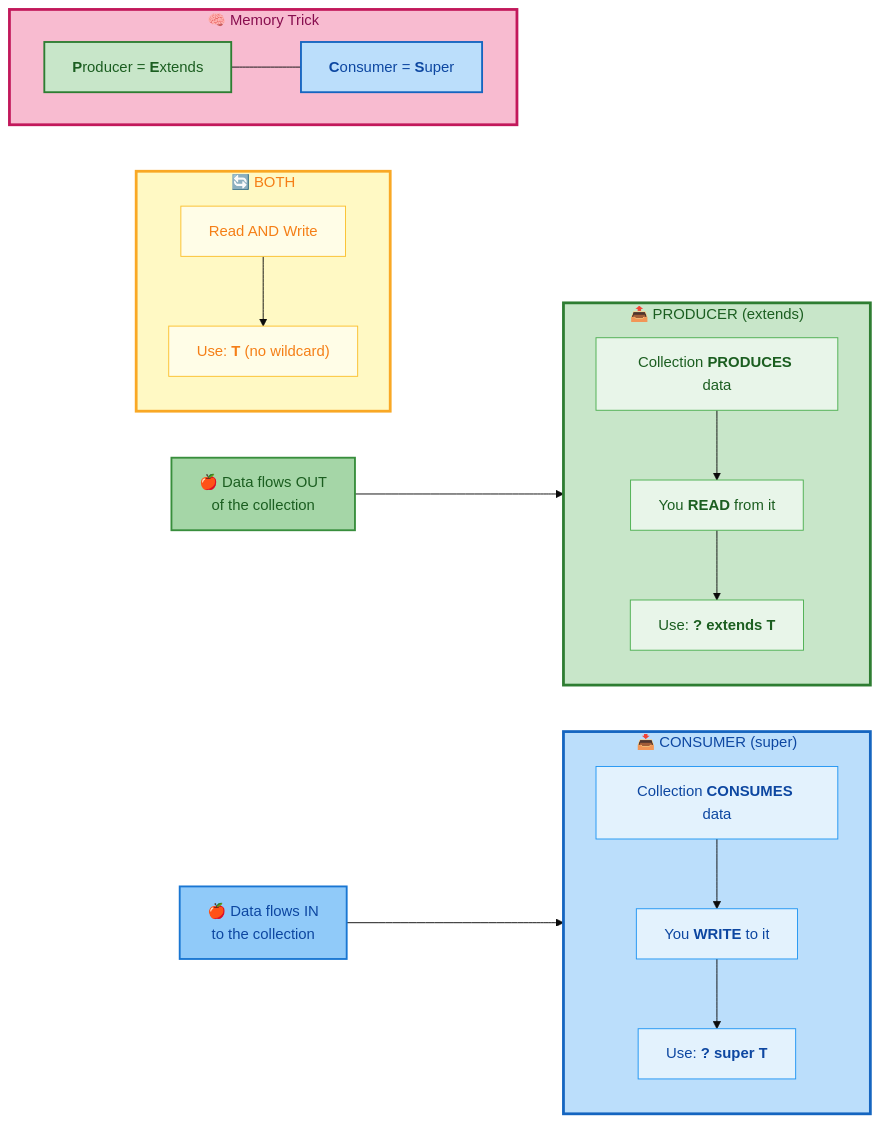
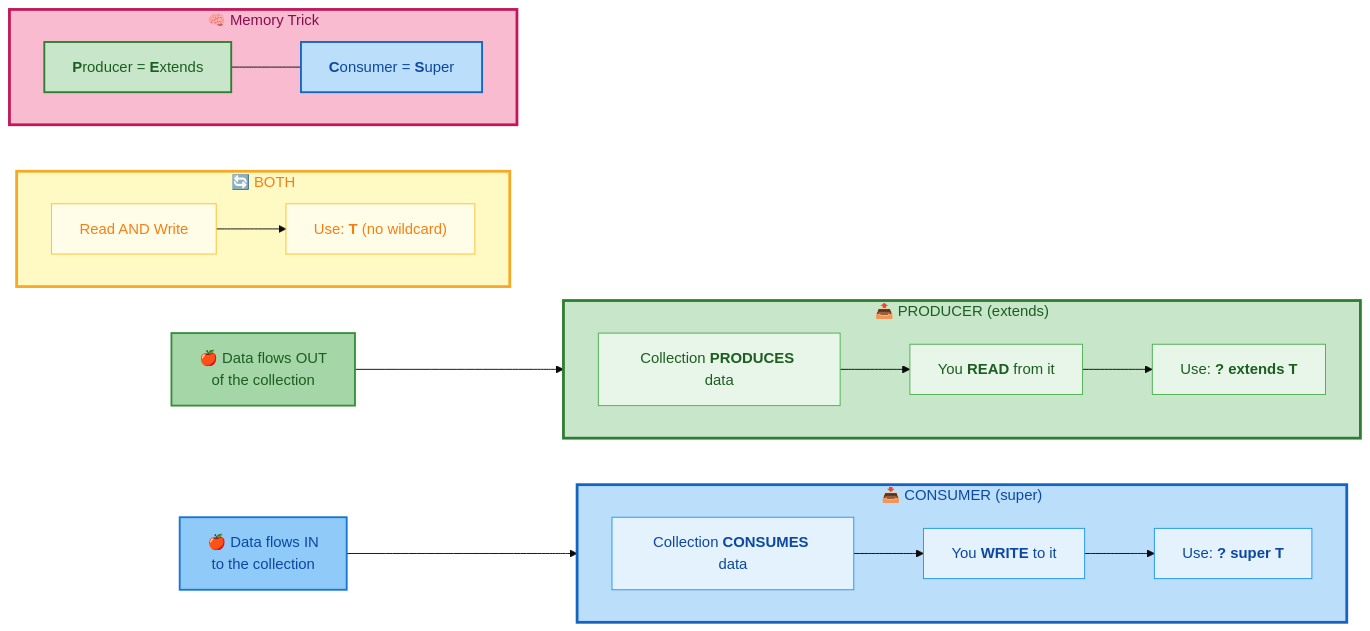
One commit to saivamsikaruturi/vamsilabs-dev-notes-main changed the third of 5 diagrams in docs/java/Generics.md. Above: the diagram before and after it, drawn with Mermaid (base theme). The commit also changed other lines of this file and 146 other files, not shown here.

Commit message:
Horizontal diagrams, UML class diagrams, typography overhaul, and permalink cleanup

````diff
--- a/docs/java/Generics.md
+++ b/docs/java/Generics.md
@@ -249,52 +249,52 @@
 ```mermaid
 flowchart LR
     subgraph PRODUCER["📤 PRODUCER (extends)"]
-        direction TB
+        direction LR
         P1["Collection<b> PRODUCES </b>data"]
         P2["You <b>READ</b> from it"]
         P3["Use: <b>? extends T</b>"]
         P1 --> P2 --> P3
     end
 
     subgraph CONSUMER["📥 CONSUMER (super)"]
-        direction TB
+        direction LR
         C1["Collection <b>CONSUMES</b> data"]
         C2["You <b>WRITE</b> to it"]
         C3["Use: <b>? super T</b>"]
         C1 --> C2 --> C3
     end
 
     subgraph BOTH["🔄 BOTH"]
-        direction TB
+        direction LR
         B1["Read AND Write"]
         B2["Use: <b>T</b> (no wildcard)"]
         B1 --> B2
     end
 
     DATA_OUT["🍎 Data flows OUT<br/>of the collection"] --> PRODUCER
     DATA_IN["🍎 Data flows IN<br/>to the collection"] --> CONSUMER
 
     subgraph MNEMONIC["🧠 Memory Trick"]
         direction LR
         M1["<b>P</b>roducer = <b>E</b>xtends"]
         M2["<b>C</b>onsumer = <b>S</b>uper"]
         M1 --- M2
     end
 
     style PRODUCER fill:#C8E6C9,stroke:#2E7D32,stroke-width:3px,color:#1B5E20
     style CONSUMER fill:#BBDEFB,stroke:#1565C0,stroke-width:3px,color:#0D47A1
     style BOTH fill:#FFF9C4,stroke:#F9A825,stroke-width:3px,color:#F57F17
     style DATA_OUT fill:#A5D6A7,stroke:#388E3C,stroke-width:2px,color:#1B5E20
     style DATA_IN fill:#90CAF9,stroke:#1976D2,stroke-width:2px,color:#0D47A1
     style MNEMONIC fill:#F8BBD0,stroke:#C2185B,stroke-width:3px,color:#880E4F
     style M1 fill:#C8E6C9,stroke:#2E7D32,stroke-width:2px,color:#1B5E20
     style M2 fill:#BBDEFB,stroke:#1565C0,stroke-width:2px,color:#0D47A1
     style P1 fill:#E8F5E9,stroke:#4CAF50,color:#1B5E20
     style P2 fill:#E8F5E9,stroke:#4CAF50,color:#1B5E20
     style P3 fill:#E8F5E9,stroke:#4CAF50,color:#1B5E20
     style C1 fill:#E3F2FD,stroke:#2196F3,color:#0D47A1
     style C2 fill:#E3F2FD,stroke:#2196F3,color:#0D47A1
     style C3 fill:#E3F2FD,stroke:#2196F3,color:#0D47A1
     style B1 fill:#FFFDE7,stroke:#FBC02D,color:#F57F17
     style B2 fill:#FFFDE7,stroke:#FBC02D,color:#F57F17
 ```
````
